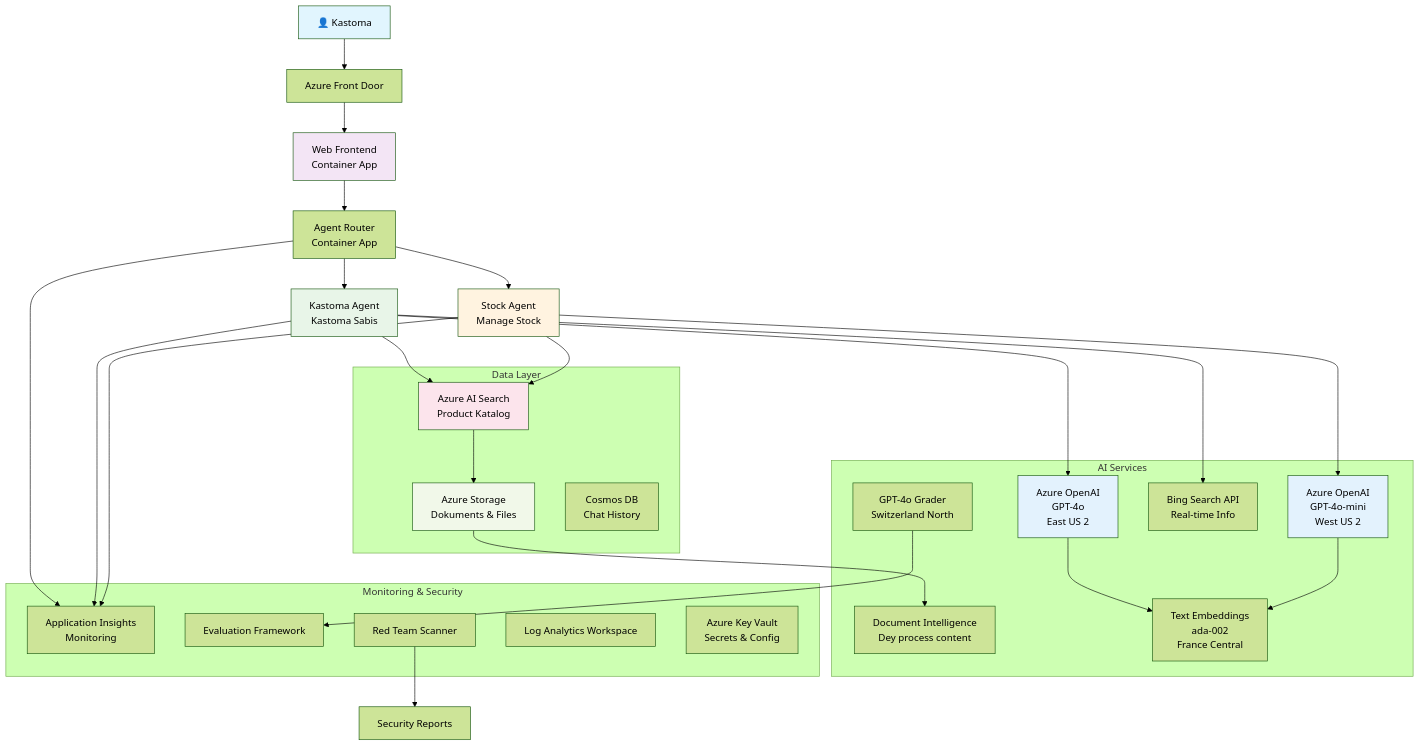
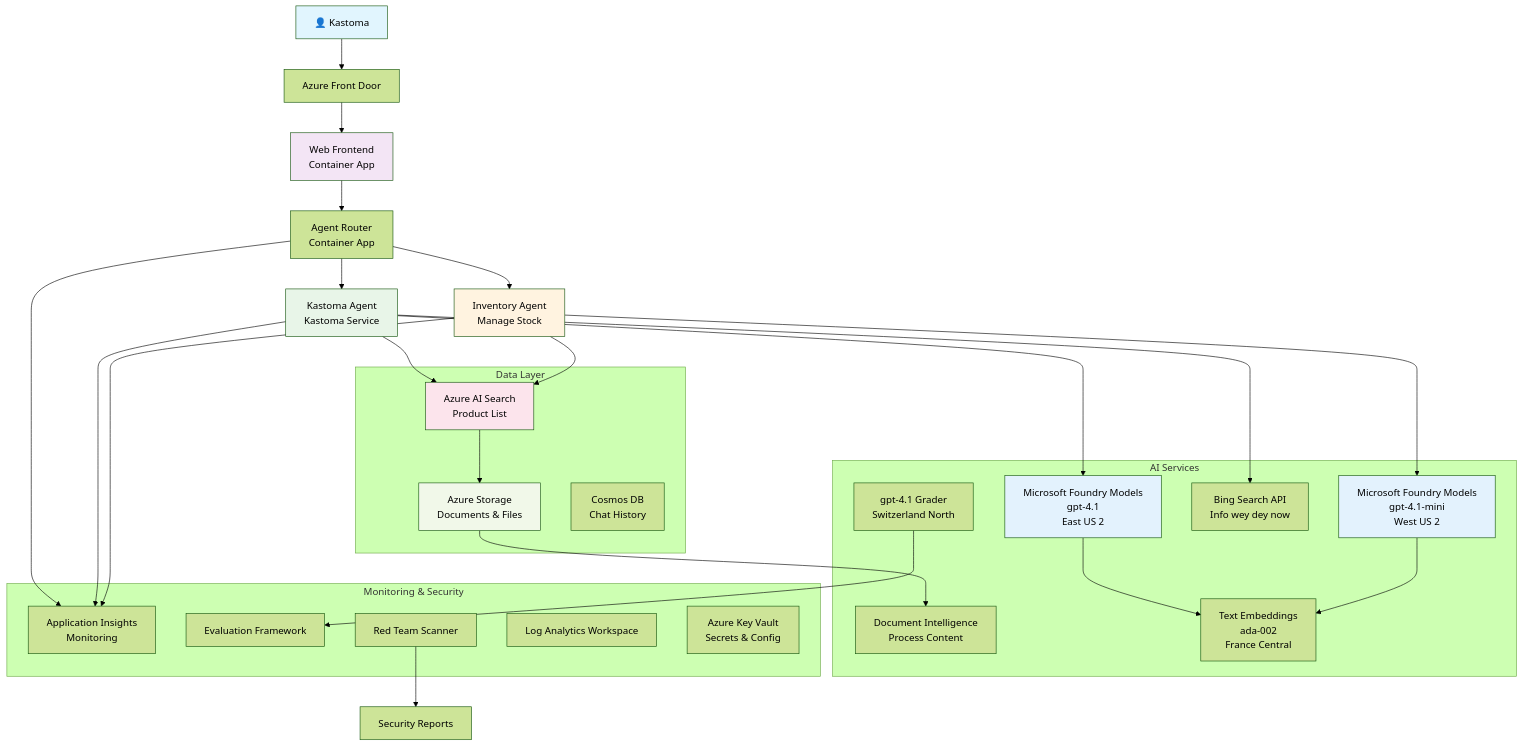
One commit to microsoft/AZD-for-beginners changed the diagram in translations/pcm/examples/retail-scenario.md. Above: the diagram before and after it, drawn with Mermaid (forest theme). The commit also changed other lines of this file and 101 other files, not shown here.

````diff
--- a/translations/pcm/examples/retail-scenario.md
+++ b/translations/pcm/examples/retail-scenario.md
@@ -139,61 +139,61 @@
 ```mermaid
 graph TB
     User[👤 Kastoma] --> LB[Azure Front Door]
     LB --> WebApp[Web Frontend<br/>Container App]
     
     WebApp --> Router[Agent Router<br/>Container App]
-    Router --> CustomerAgent[Kastoma Agent<br/>Kastoma Sabis]
-    Router --> InvAgent[Stock Agent<br/>Manage Stock]
+    Router --> CustomerAgent[Kastoma Agent<br/>Kastoma Service]
+    Router --> InvAgent[Inventory Agent<br/>Manage Stock]
     
-    CustomerAgent --> OpenAI1[Azure OpenAI<br/>GPT-4o<br/>East US 2]
-    InvAgent --> OpenAI2[Azure OpenAI<br/>GPT-4o-mini<br/>West US 2]
+    CustomerAgent --> OpenAI1[Microsoft Foundry Models<br/>gpt-4.1<br/>East US 2]
+    InvAgent --> OpenAI2[Microsoft Foundry Models<br/>gpt-4.1-mini<br/>West US 2]
     
-    CustomerAgent --> AISearch[Azure AI Search<br/>Product Katalog]
-    CustomerAgent --> BingSearch[Bing Search API<br/>Real-time Info]
+    CustomerAgent --> AISearch[Azure AI Search<br/>Product List]
+    CustomerAgent --> BingSearch[Bing Search API<br/>Info wey dey now]
     InvAgent --> AISearch
     
-    AISearch --> Storage[Azure Storage<br/>Dokuments & Files]
-    Storage --> DocIntel[Document Intelligence<br/>Dey process content]
+    AISearch --> Storage[Azure Storage<br/>Documents & Files]
+    Storage --> DocIntel[Document Intelligence<br/>Process Content]
     
     OpenAI1 --> Embeddings[Text Embeddings<br/>ada-002<br/>France Central]
     OpenAI2 --> Embeddings
     
     Router --> AppInsights[Application Insights<br/>Monitoring]
     CustomerAgent --> AppInsights
     InvAgent --> AppInsights
     
-    GraderModel[GPT-4o Grader<br/>Switzerland North] --> Evaluation[Evaluation Framework]
+    GraderModel[gpt-4.1 Grader<br/>Switzerland North] --> Evaluation[Evaluation Framework]
     RedTeam[Red Team Scanner] --> SecurityReports[Security Reports]
     
     subgraph "Data Layer"
         Storage
         AISearch
         CosmosDB[Cosmos DB<br/>Chat History]
     end
     
     subgraph "AI Services"
         OpenAI1
         OpenAI2
         Embeddings
         GraderModel
         DocIntel
         BingSearch
     end
     
     subgraph "Monitoring & Security"
         AppInsights
         LogAnalytics[Log Analytics Workspace]
         KeyVault[Azure Key Vault<br/>Secrets & Config]
         RedTeam
         Evaluation
     end
     
     style User fill:#e1f5fe
     style WebApp fill:#f3e5f5
     style CustomerAgent fill:#e8f5e8
     style InvAgent fill:#fff3e0
     style OpenAI1 fill:#e3f2fd
     style OpenAI2 fill:#e3f2fd
     style AISearch fill:#fce4ec
     style Storage fill:#f1f8e9
 ```
````
